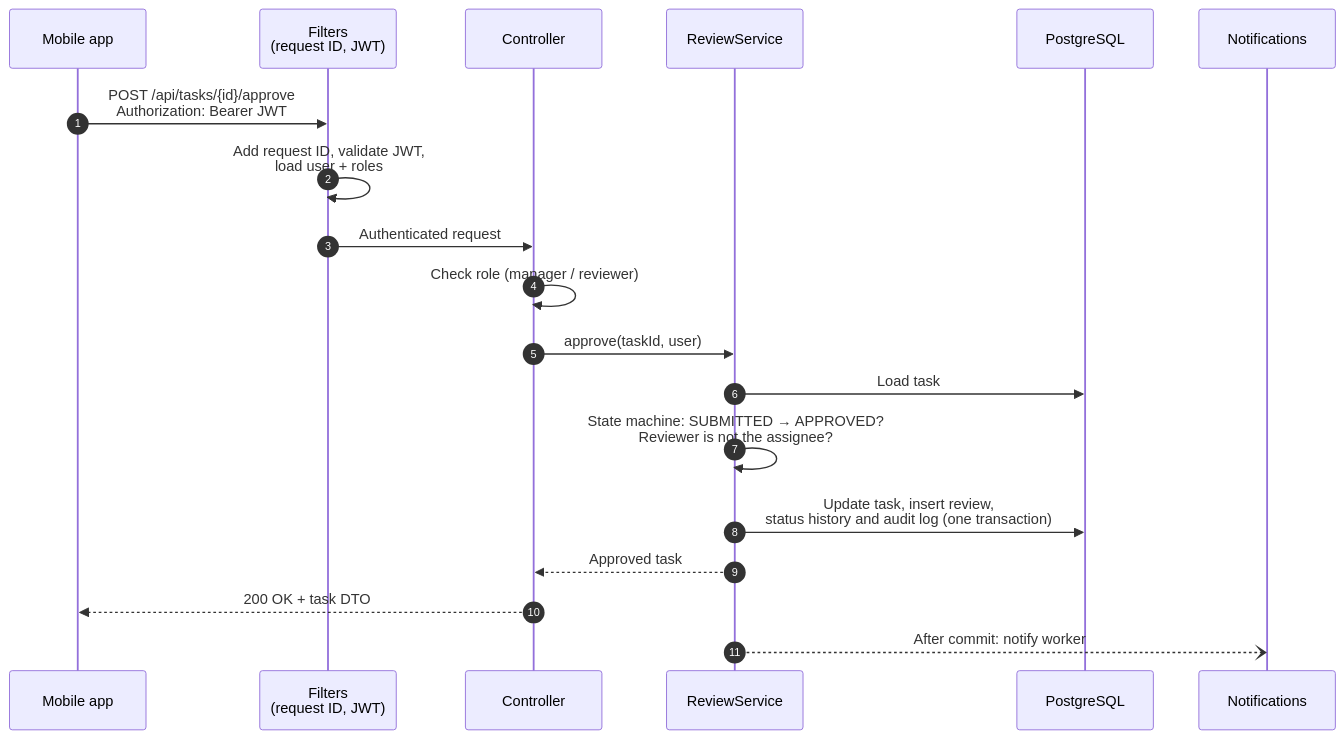
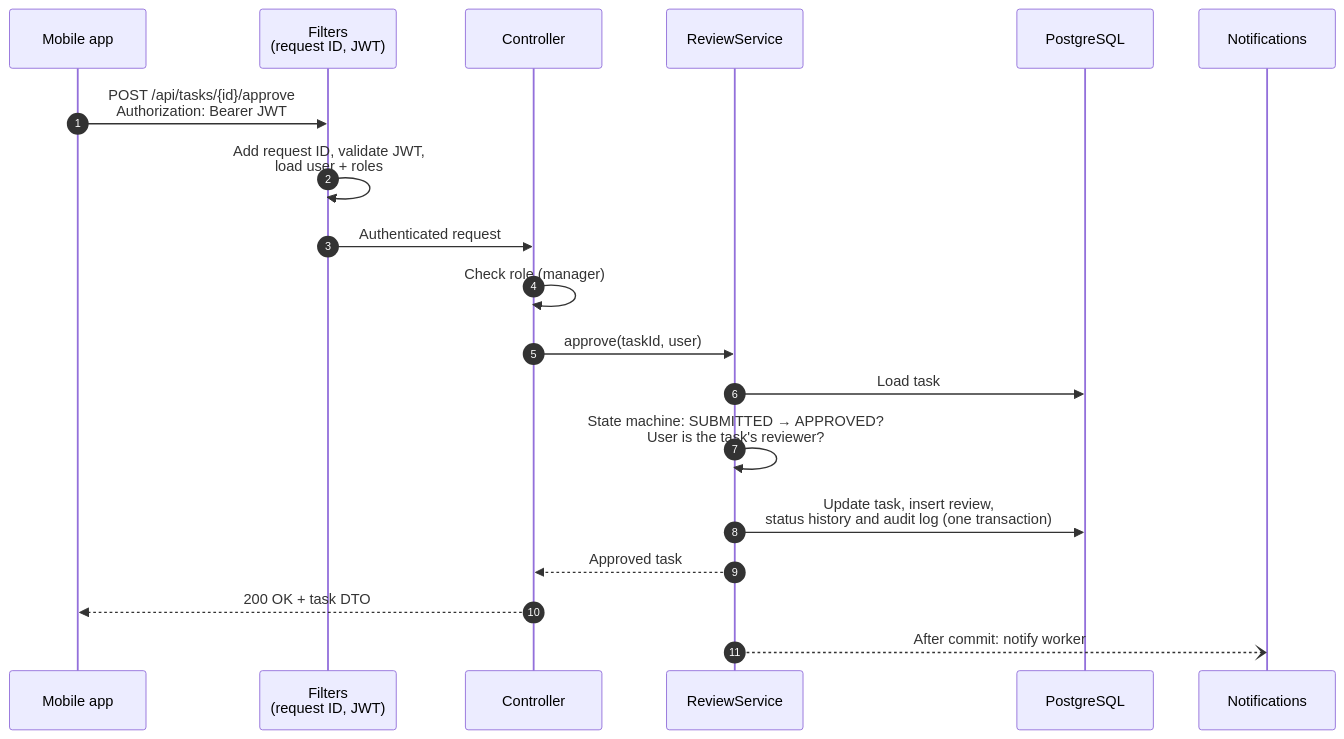
The fourth of 6 diagrams in docs/architecture.md (RezwanAhmed/taskInspect), drawn with Mermaid before and after one commit. The commit also changed other lines of this file, not shown here.

First line of the commit message:
docs: separate reject and request correction in task lifecycle

````diff
--- a/docs/architecture.md
+++ b/docs/architecture.md
@@ -395,22 +433,22 @@
 ```mermaid
 sequenceDiagram
     autonumber
     participant App as Mobile app
     participant F as Filters<br/>(request ID, JWT)
     participant C as Controller
     participant S as ReviewService
     participant DB as PostgreSQL
     participant N as Notifications
 
     App->>F: POST /api/tasks/{id}/approve<br/>Authorization: Bearer JWT
     F->>F: Add request ID, validate JWT,<br/>load user + roles
     F->>C: Authenticated request
-    C->>C: Check role (manager / reviewer)
+    C->>C: Check role (manager)
     C->>S: approve(taskId, user)
     S->>DB: Load task
-    S->>S: State machine: SUBMITTED → APPROVED?<br/>Reviewer is not the assignee?
+    S->>S: State machine: SUBMITTED → APPROVED?<br/>User is the task's reviewer?
     S->>DB: Update task, insert review,<br/>status history and audit log (one transaction)
     S-->>C: Approved task
     C-->>App: 200 OK + task DTO
     S--)N: After commit: notify worker
 ```
````
